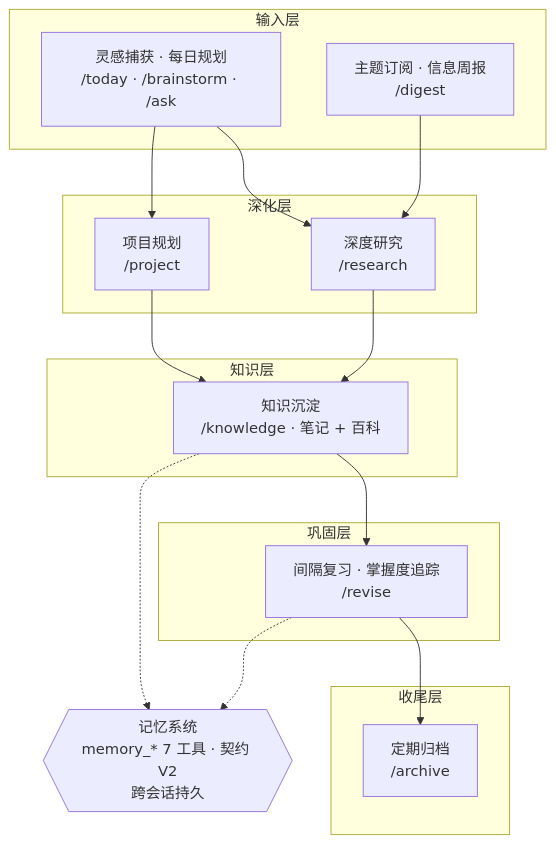
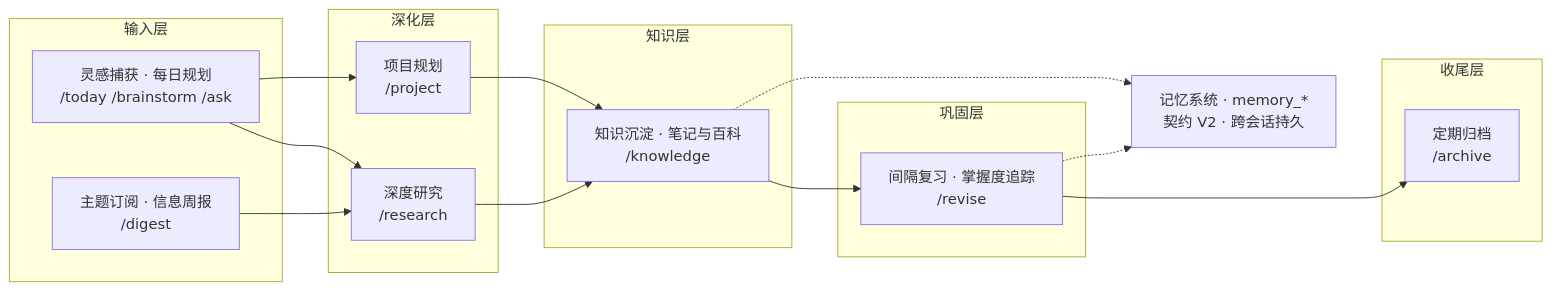
Before and after one commit to luneth90/lifeos: the diagram in assets/lifeos-workflow.mmd, drawn with Mermaid. The commit also changed 5 other files, not shown here.

Commit message:
docs: switch workflow diagram to horizontal layout and move above Why Build section

```diff
--- a/assets/lifeos-workflow.mmd
+++ b/assets/lifeos-workflow.mmd
@@ -1,34 +1,35 @@
-flowchart TD
+flowchart LR
     subgraph Input["输入层"]
-        Capture["灵感捕获 · 每日规划<br/>/today · /brainstorm · /ask"]
+        Capture["灵感捕获 · 每日规划<br/>/today /brainstorm /ask"]
         Digest["主题订阅 · 信息周报<br/>/digest"]
     end
 
     subgraph Deep["深化层"]
         Research["深度研究<br/>/research"]
         Project["项目规划<br/>/project"]
     end
 
     subgraph Learn["知识层"]
-        Knowledge["知识沉淀<br/>/knowledge · 笔记 + 百科"]
+        Knowledge["知识沉淀 · 笔记与百科<br/>/knowledge"]
     end
 
     subgraph Rev["巩固层"]
         Revise["间隔复习 · 掌握度追踪<br/>/revise"]
     end
 
     subgraph ArchiveL["收尾层"]
         Archive["定期归档<br/>/archive"]
     end
 
     Capture --> Research
     Capture --> Project
     Digest --> Research
     Research --> Knowledge
     Project --> Knowledge
     Knowledge --> Revise
     Revise --> Archive
 
-    Memory{{"记忆系统<br/>memory_* 7 工具 · 契约 V2<br/>跨会话持久"}}
+    Memory["记忆系统 · memory_*<br/>契约 V2 · 跨会话持久"]
     Knowledge -.-> Memory
     Revise -.-> Memory
+    Memory ~~~ Archive
```
